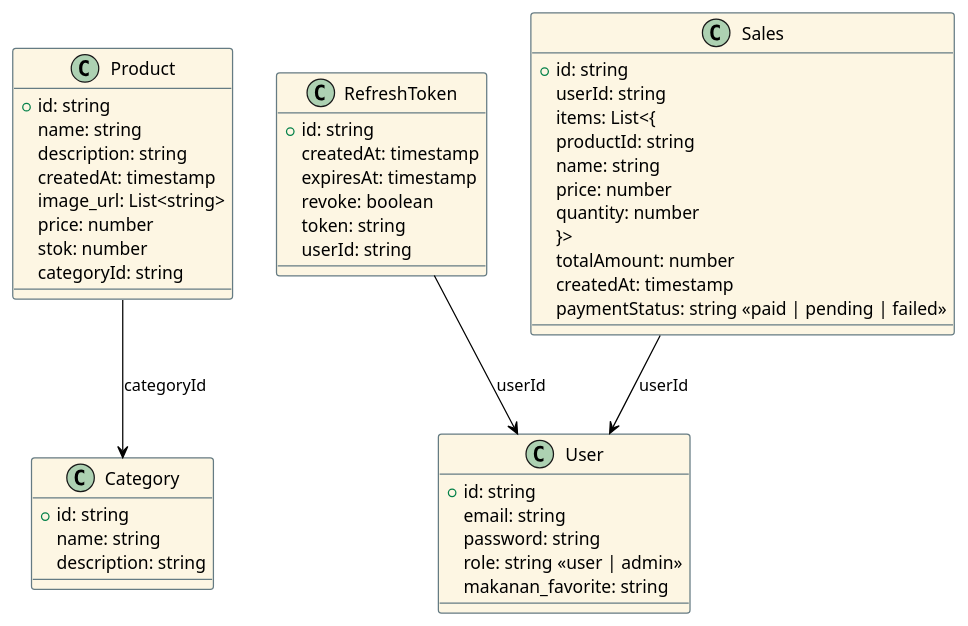
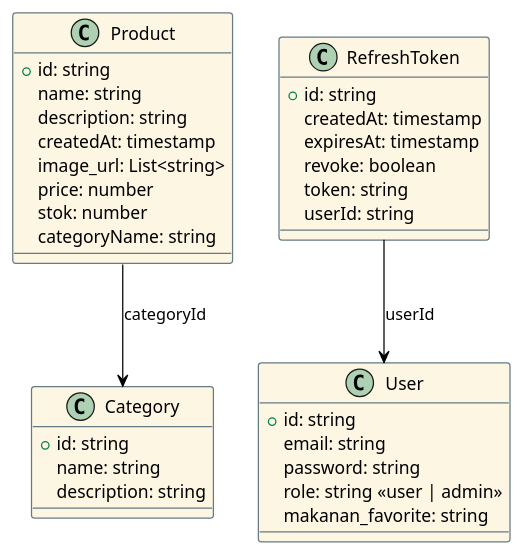
Before and after one commit to ren-zi-fa/market-cloths: the diagram in diagram/database.puml, drawn with PlantUML. The commit also changed 3 other files, not shown here.

```diff
--- a/diagram/database.puml
+++ b/diagram/database.puml
@@ -1,69 +1,55 @@
 @startuml market_cloths
 
 ' Styling
 skinparam class {
   BackgroundColor #FDF6E3
   BorderColor #657B83
   BorderThickness 1
   ArrowColor Black
 }
 
 ' Category Collection
 class Category {
   + id: string
   name: string
   description: string
 }
 
 ' Product Collection
 class Product {
   + id: string
   name: string
   description: string
   createdAt: timestamp
   image_url: List<string>
   price: number
   stok: number
-  categoryId: string
+  categoryName: string
 }
 
 ' User Collection
 class User {
   + id: string
   email: string
   password: string
   role: string <<user | admin>>
   makanan_favorite: string
 }
 
 ' Refresh Token Collection
 class RefreshToken {
   + id: string
   createdAt: timestamp
   expiresAt: timestamp
   revoke: boolean
   token: string
   userId: string
 }
 
-' Sales Collection
-class Sales {
-  + id: string
-  userId: string
-  items: List<{
-    productId: string
-    name: string
-    price: number
-    quantity: number
-  }>
-  totalAmount: number
-  createdAt: timestamp
-  paymentStatus: string <<paid | pending | failed>>
-}
+
 
 ' Relationships
 Product --> Category : categoryId
-Sales --> User : userId
 RefreshToken --> User : userId
 
 @enduml
```
